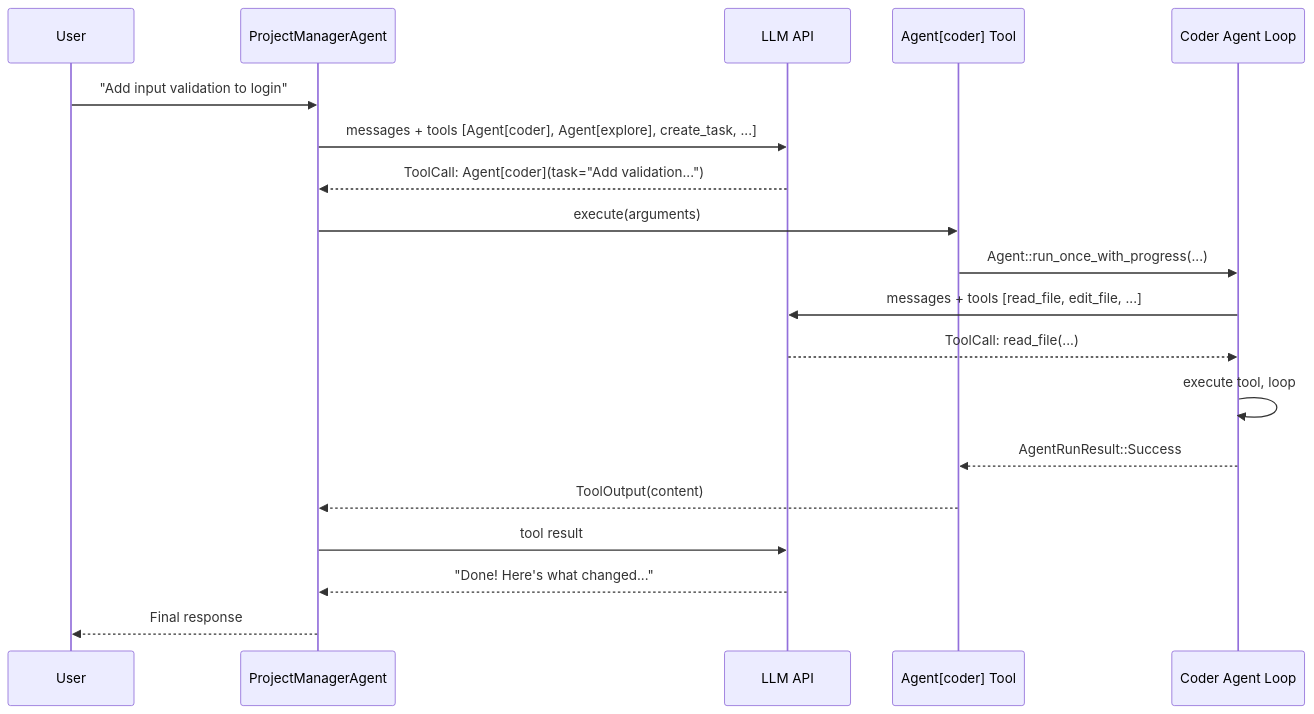
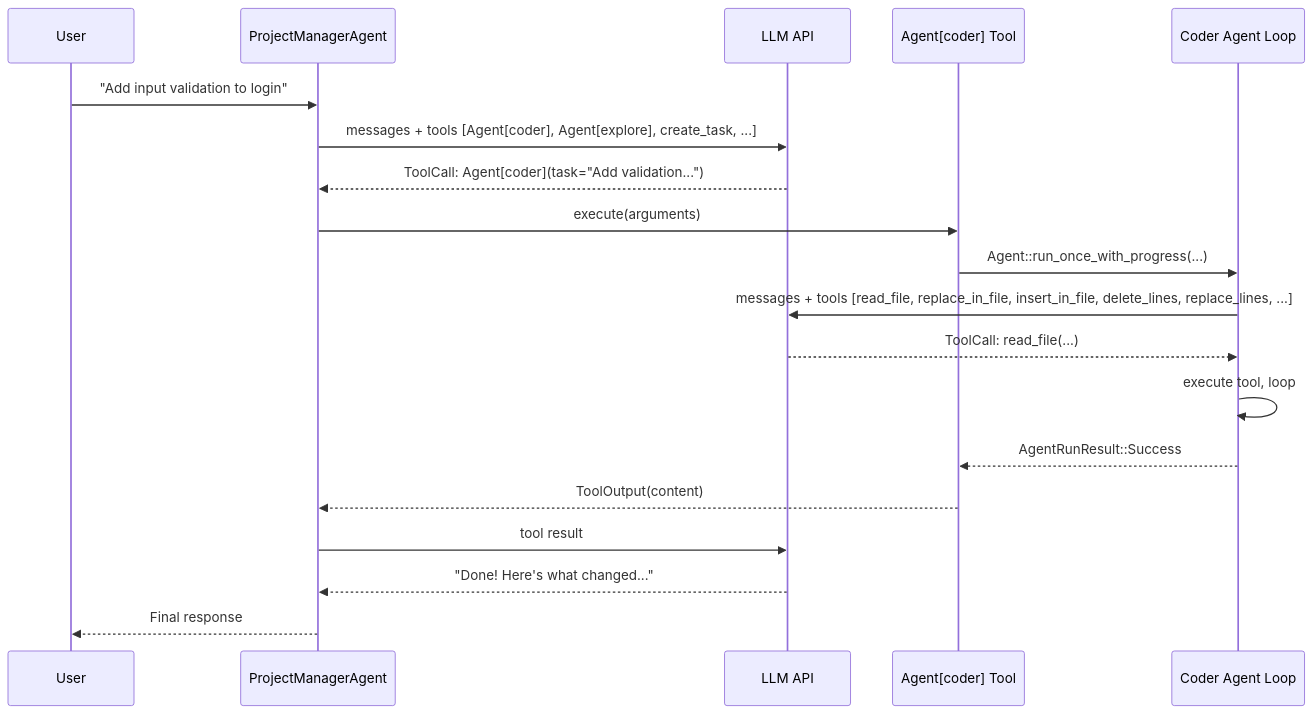
Before and after one commit to Refefer/quick-query-rs: diagram 16 of 37 in docs/ARCHITECTURE.md, drawn with Mermaid. The commit also changed other lines of this file and 9 other files, not shown here.

First line of the commit message:
Replace edit_file with 4 flat-schema file editing tools

````diff
--- a/docs/ARCHITECTURE.md
+++ b/docs/ARCHITECTURE.md
@@ -806,22 +809,22 @@
 ```mermaid
 sequenceDiagram
     participant User
     participant PM as ProjectManagerAgent
     participant LLM as LLM API
     participant CoderTool as Agent[coder] Tool
     participant CoderAgent as Coder Agent Loop
 
     User->>PM: "Add input validation to login"
     PM->>LLM: messages + tools [Agent[coder], Agent[explore], create_task, ...]
     LLM-->>PM: ToolCall: Agent[coder](task="Add validation...")
     PM->>CoderTool: execute(arguments)
     CoderTool->>CoderAgent: Agent::run_once_with_progress(...)
-    CoderAgent->>LLM: messages + tools [read_file, edit_file, ...]
+    CoderAgent->>LLM: messages + tools [read_file, replace_in_file, insert_in_file, delete_lines, replace_lines, ...]
     LLM-->>CoderAgent: ToolCall: read_file(...)
     CoderAgent->>CoderAgent: execute tool, loop
     CoderAgent-->>CoderTool: AgentRunResult::Success
     CoderTool-->>PM: ToolOutput(content)
     PM->>LLM: tool result
     LLM-->>PM: "Done! Here's what changed..."
     PM-->>User: Final response
 ```
````
